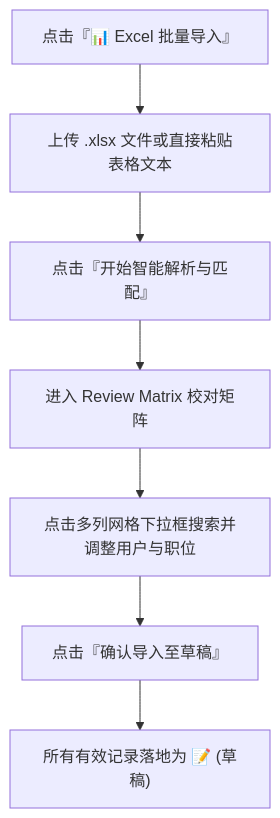
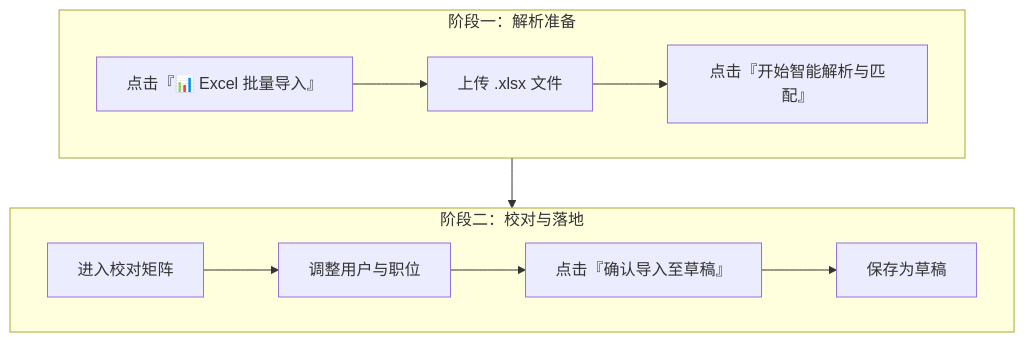
One commit to BKF521/pgy-docs changed the diagram in docs/ma/04-excel-import.md. Above: the diagram before and after it, drawn with Mermaid. The commit also changed other lines of this file and 20 other files, not shown here.

````diff
--- a/docs/ma/04-excel-import.md
+++ b/docs/ma/04-excel-import.md
@@ -21,9 +24,17 @@
 ```mermaid
-graph TD
-    A["点击『📊 Excel 批量导入』"] --> B["上传 .xlsx 文件或直接粘贴表格文本"]
-    B --> C["点击『开始智能解析与匹配』"]
-    C --> D["进入 Review Matrix 校对矩阵"]
-    D --> E["点击多列网格下拉框搜索并调整用户与职位"]
-    E --> F["点击『确认导入至草稿』"]
-    F --> G["所有有效记录落地为 📝 (草稿)"]
+flowchart TD
+    subgraph R1["阶段一：解析准备"]
+        direction LR
+        A["点击『📊 Excel 批量导入』"] --> B["上传 .xlsx 文件"]
+        B --> C["点击『开始智能解析与匹配』"]
+    end
+
+    subgraph R2["阶段二：校对与落地"]
+        direction LR
+        D["进入校对矩阵"] --> E["调整用户与职位"]
+        E --> F["点击『确认导入至草稿』"]
+        F --> G["保存为草稿"]
+    end
+
+    C --> D
 ```
````
